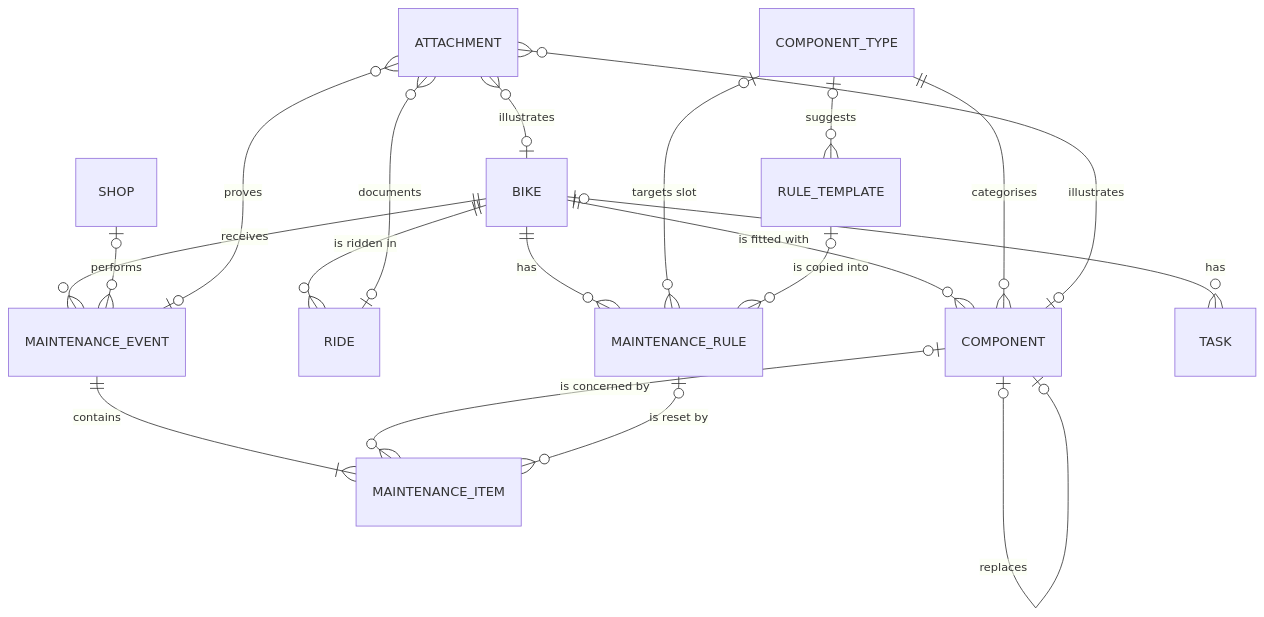
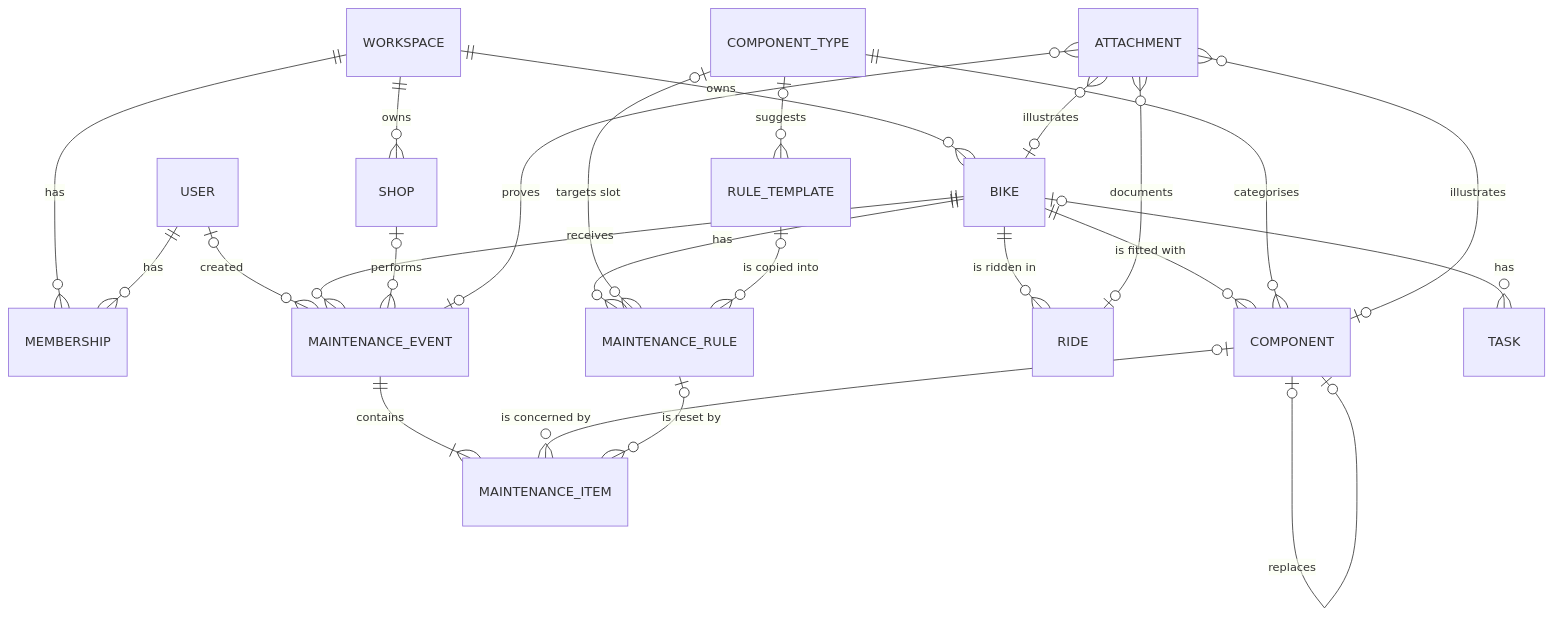
One commit to SylvainLeDEV/Bike-Book changed the diagram in docs/03-data-model.md. Above: the diagram before and after it, drawn with Mermaid. The commit also changed other lines of this file and 6 other files, not shown here.

Commit message:
Refine user model and workspace structure; update architecture and roadmap documentation

````diff
--- a/docs/03-data-model.md
+++ b/docs/03-data-model.md
@@ -12,21 +13,26 @@
 ```mermaid
 erDiagram
+    WORKSPACE ||--o{ MEMBERSHIP : "has"
+    USER ||--o{ MEMBERSHIP : "has"
+    WORKSPACE ||--o{ BIKE : "owns"
+    WORKSPACE ||--o{ SHOP : "owns"
+    USER |o--o{ MAINTENANCE_EVENT : "created"
     BIKE ||--o{ COMPONENT : "is fitted with"
     BIKE ||--o{ RIDE : "is ridden in"
     BIKE ||--o{ MAINTENANCE_EVENT : "receives"
     BIKE ||--o{ MAINTENANCE_RULE : "has"
     BIKE |o--o{ TASK : "has"
     MAINTENANCE_EVENT ||--|{ MAINTENANCE_ITEM : "contains"
     COMPONENT |o--o{ MAINTENANCE_ITEM : "is concerned by"
     COMPONENT |o--o| COMPONENT : "replaces"
     MAINTENANCE_RULE |o--o{ MAINTENANCE_ITEM : "is reset by"
     SHOP |o--o{ MAINTENANCE_EVENT : "performs"
     COMPONENT_TYPE ||--o{ COMPONENT : "categorises"
     COMPONENT_TYPE |o--o{ MAINTENANCE_RULE : "targets slot"
     COMPONENT_TYPE |o--o{ RULE_TEMPLATE : "suggests"
     RULE_TEMPLATE |o--o{ MAINTENANCE_RULE : "is copied into"
     ATTACHMENT }o--o| BIKE : "illustrates"
     ATTACHMENT }o--o| COMPONENT : "illustrates"
     ATTACHMENT }o--o| MAINTENANCE_EVENT : "proves"
     ATTACHMENT }o--o| RIDE : "documents"
 ```
````
